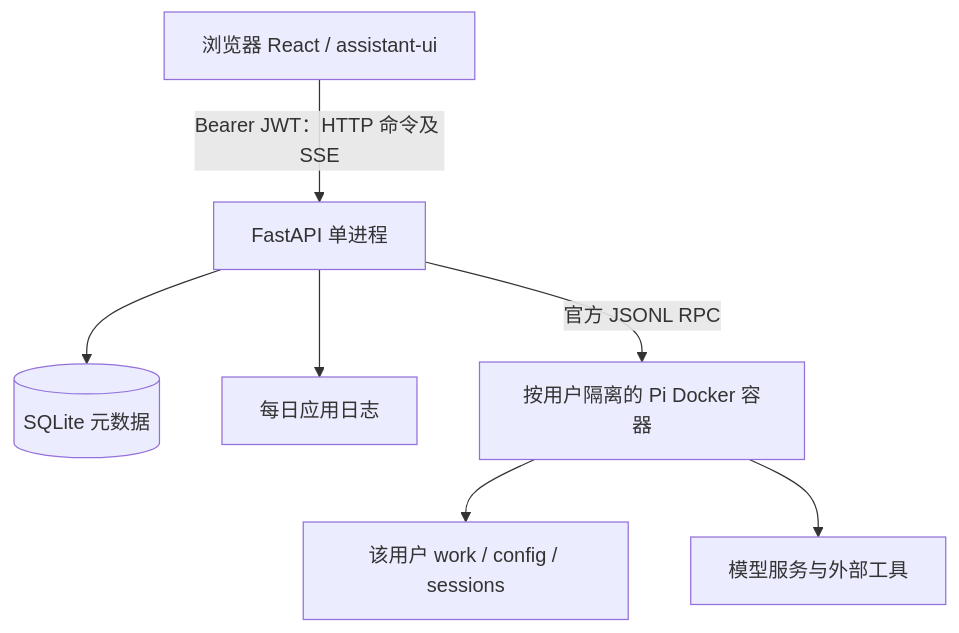
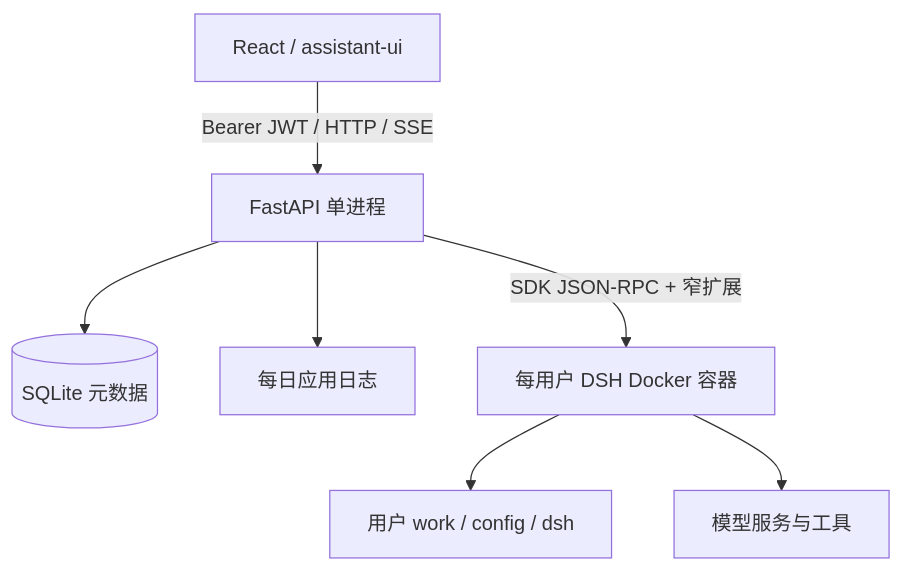
One commit to ABClize/OrchMesh changed the diagram in docs/architecture/v0.1-simplified.md. Above: the diagram before and after it, drawn with Mermaid. The commit also changed other lines of this file and 92 other files, not shown here.

````diff
--- a/docs/architecture/v0.1-simplified.md
+++ b/docs/architecture/v0.1-simplified.md
@@ -7,9 +7,9 @@
 ```mermaid
 flowchart TD
-    B[浏览器 React / assistant-ui] -->|Bearer JWT：HTTP 命令及 SSE| A[FastAPI 单进程]
+    B[React / assistant-ui] -->|Bearer JWT / HTTP / SSE| A[FastAPI 单进程]
     A --> D[(SQLite 元数据)]
     A --> L[每日应用日志]
-    A -->|官方 JSONL RPC| P[按用户隔离的 Pi Docker 容器]
-    P --> W[该用户 work / config / sessions]
-    P --> M[模型服务与外部工具]
+    A -->|SDK JSON-RPC + 窄扩展| H[每用户 DSH Docker 容器]
+    H --> W[用户 work / config / dsh]
+    H --> M[模型服务与工具]
 ```
````
